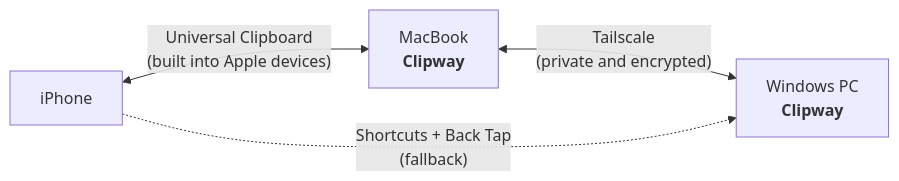
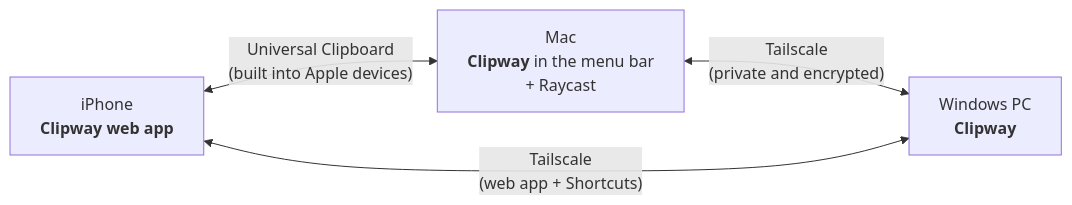
One commit to asytuyf/clipway changed the diagram in README.md. Above: the diagram before and after it, drawn with Mermaid. The commit also changed other lines of this file and 3 other files, not shown here.

First line of the commit message:
Plan: Mac agent with Raycast UI, iPhone web app, 24-hour history

````diff
--- a/README.md
+++ b/README.md
@@ -35,10 +37,10 @@
 ```mermaid
 flowchart LR
-    phone["iPhone"]
-    mac["MacBook<br/><b>Clipway</b>"]
+    phone["iPhone<br/><b>Clipway web app</b>"]
+    mac["Mac<br/><b>Clipway</b> in the menu bar<br/>+ Raycast"]
     pc["Windows PC<br/><b>Clipway</b>"]
 
     phone <-- "Universal Clipboard<br/>(built into Apple devices)" --> mac
     mac <-- "Tailscale<br/>(private and encrypted)" --> pc
-    phone -. "Shortcuts + Back Tap<br/>(fallback)" .-> pc
+    phone <-- "Tailscale<br/>(web app + Shortcuts)" --> pc
 ```
````
